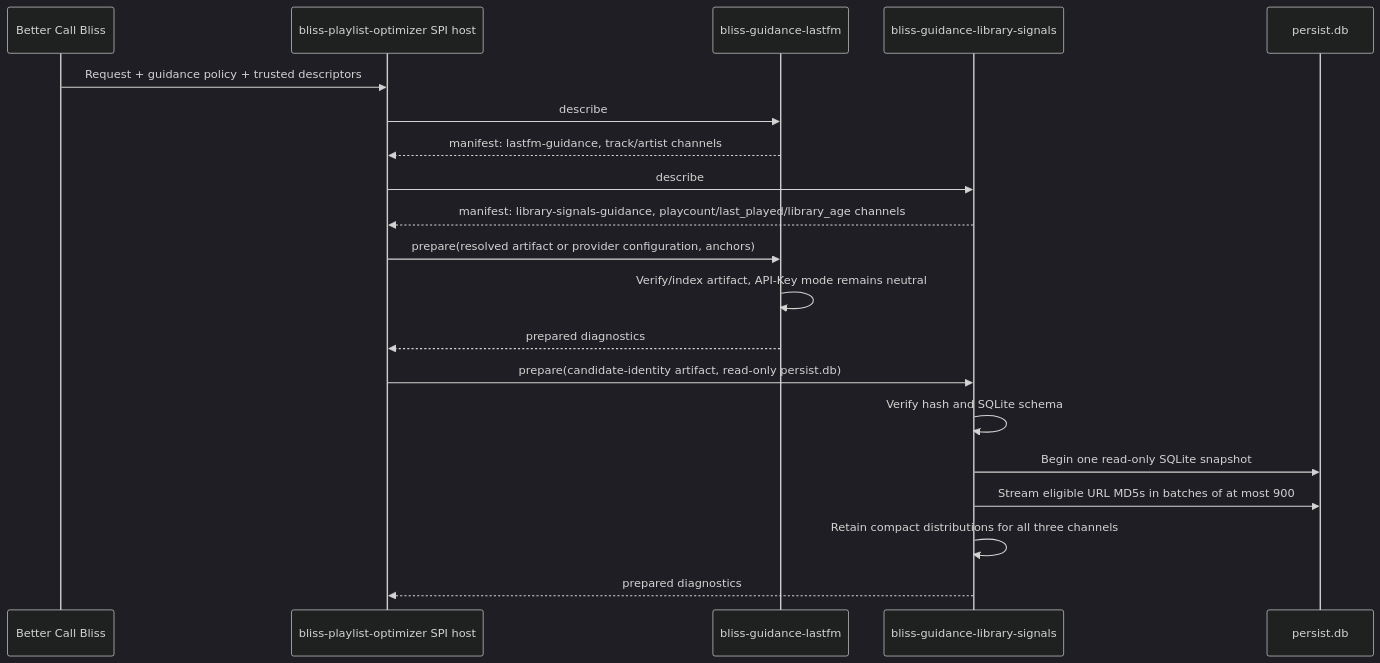
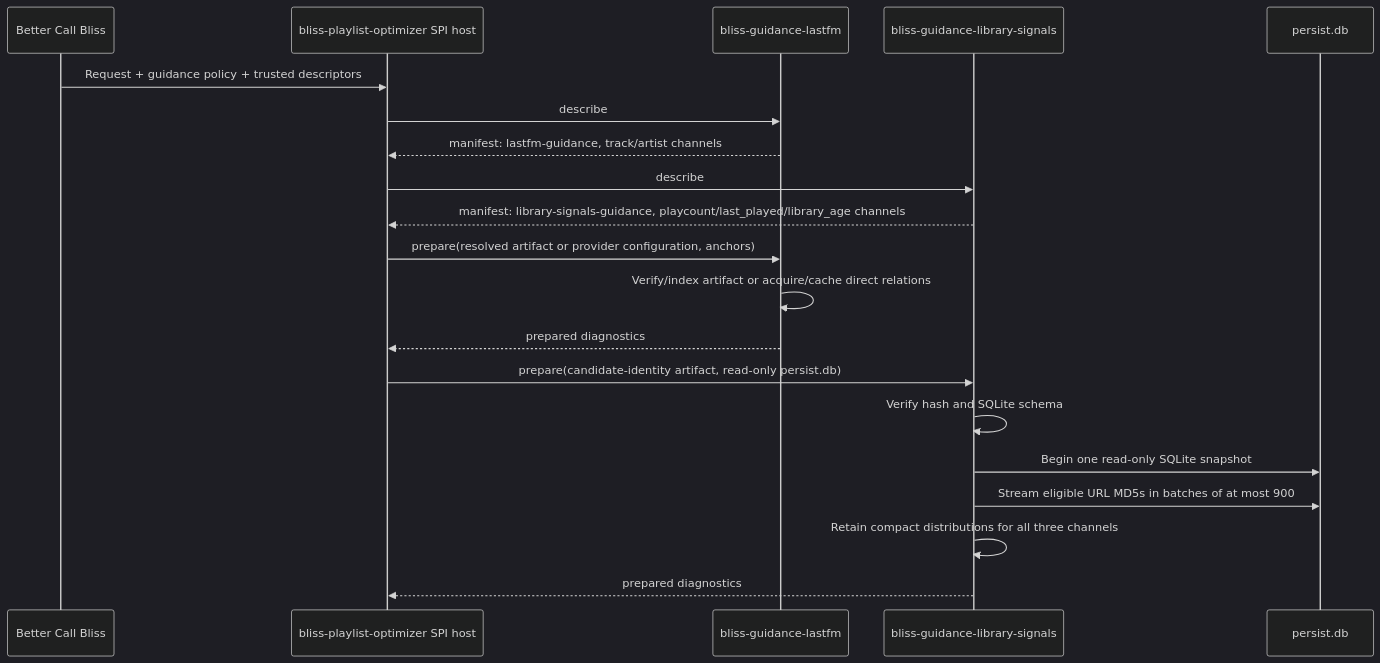
One commit to chrober/lms-better-call-bliss changed the third of 6 diagrams in docs/GUIDANCE_DATA_FLOW.md. Above: the diagram before and after it, drawn with Mermaid (dark theme). The commit also changed other lines of this file and 3 other files, not shown here.

````diff
--- a/docs/GUIDANCE_DATA_FLOW.md
+++ b/docs/GUIDANCE_DATA_FLOW.md
@@ -159,25 +158,25 @@
 ```mermaid
 sequenceDiagram
     participant B as Better Call Bliss
     participant O as bliss-playlist-optimizer SPI host
     participant LF as bliss-guidance-lastfm
     participant LS as bliss-guidance-library-signals
     participant DB as persist.db
 
     B->>O: Request + guidance policy + trusted descriptors
     O->>LF: describe
     LF-->>O: manifest: lastfm-guidance, track/artist channels
     O->>LS: describe
     LS-->>O: manifest: library-signals-guidance, playcount/last_played/library_age channels
 
     O->>LF: prepare(resolved artifact or provider configuration, anchors)
-    LF->>LF: Verify/index artifact, API-Key mode remains neutral
+    LF->>LF: Verify/index artifact or acquire/cache direct relations
     LF-->>O: prepared diagnostics
 
     O->>LS: prepare(candidate-identity artifact, read-only persist.db)
     LS->>LS: Verify hash and SQLite schema
     LS->>DB: Begin one read-only SQLite snapshot
     LS->>DB: Stream eligible URL MD5s in batches of at most 900
     LS->>LS: Retain compact distributions for all three channels
     LS-->>O: prepared diagnostics
 ```
````
